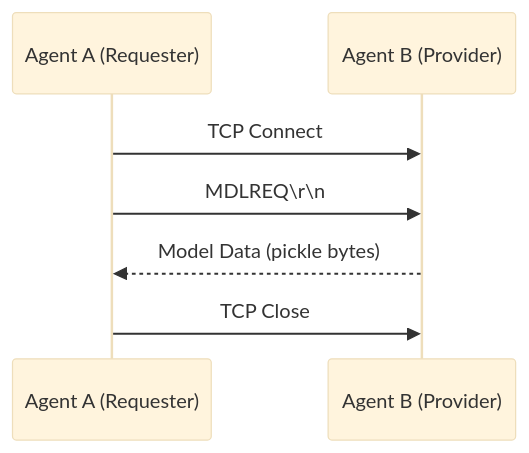
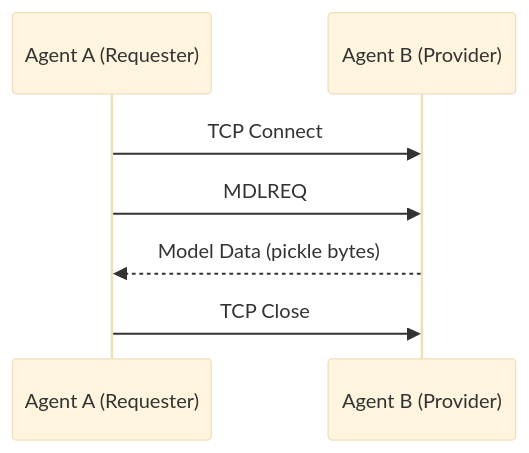
The second of 5 diagrams in WAFL-Testbed/docs/protocol.md (jo2lxq/wafl), drawn with Mermaid (base theme) before and after one commit. The commit also changed other lines of this file and 19 other files, not shown here.

````diff
--- a/WAFL-Testbed/docs/protocol.md
+++ b/WAFL-Testbed/docs/protocol.md
@@ -54,10 +54,10 @@
 ```mermaid
 sequenceDiagram
     participant A as Agent A (Requester)
     participant B as Agent B (Provider)
     
     A->>B: TCP Connect
-    A->>B: MDLREQ\r\n
+    A->>B: MDLREQ
     B-->>A: Model Data (pickle bytes)
     A->>B: TCP Close
 ```
````
